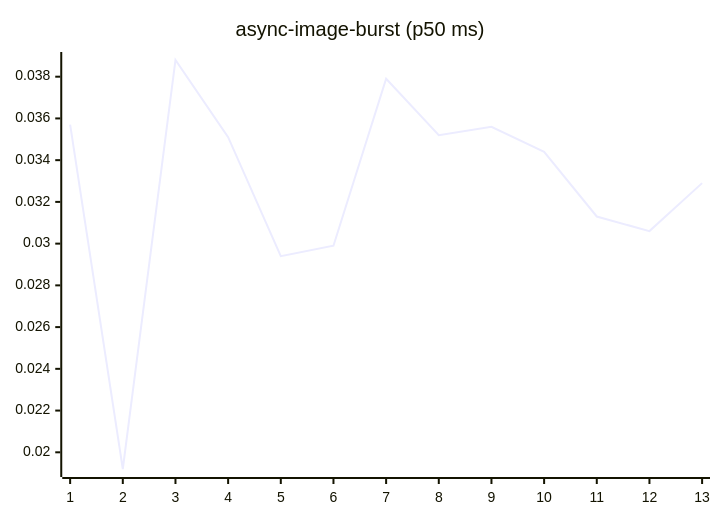
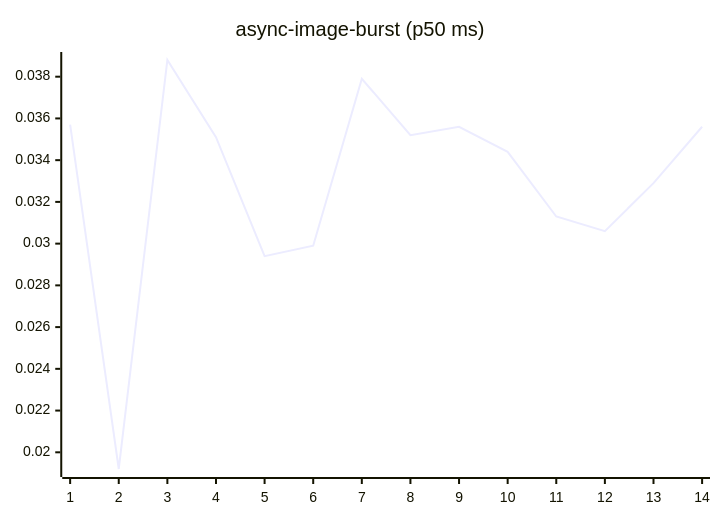
Before and after one commit to josha/Facet: the fourth of 27 diagrams in README.md, drawn with Mermaid. The commit also changed other lines of this file and 2 other files, not shown here.

````diff
--- a/README.md
+++ b/README.md
@@ -84,6 +84,6 @@
 ```mermaid
 xychart-beta
     title "async-image-burst (p50 ms)"
-    x-axis 1 --> 13
-    line [0.0357, 0.0192, 0.0388, 0.0351, 0.0294, 0.0299, 0.0379, 0.0352, 0.0356, 0.0344, 0.0313, 0.0306, 0.0329]
+    x-axis 1 --> 14
+    line [0.0357, 0.0192, 0.0388, 0.0351, 0.0294, 0.0299, 0.0379, 0.0352, 0.0356, 0.0344, 0.0313, 0.0306, 0.0329, 0.0356]
 ```
````
